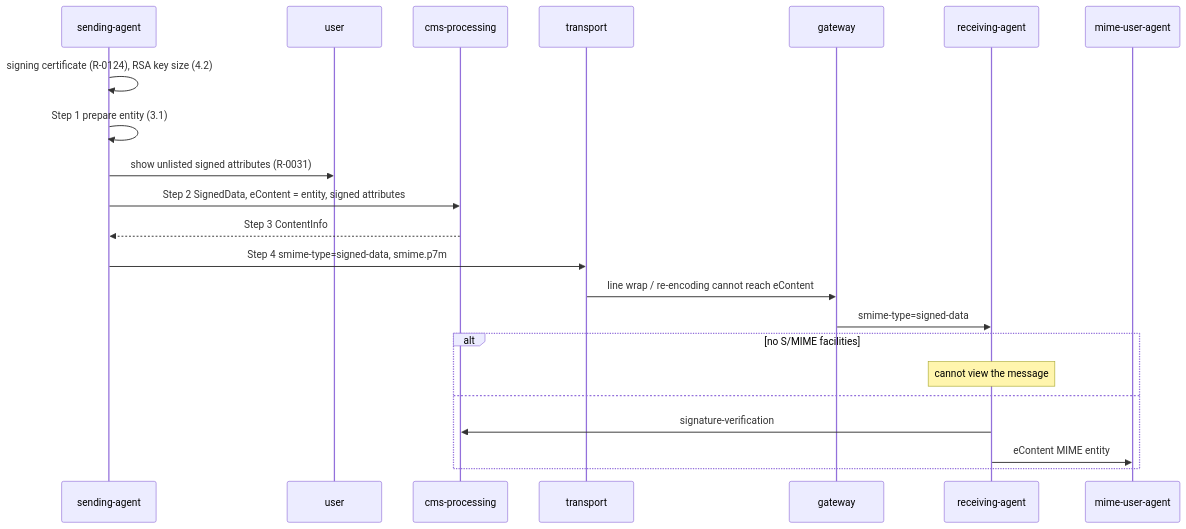
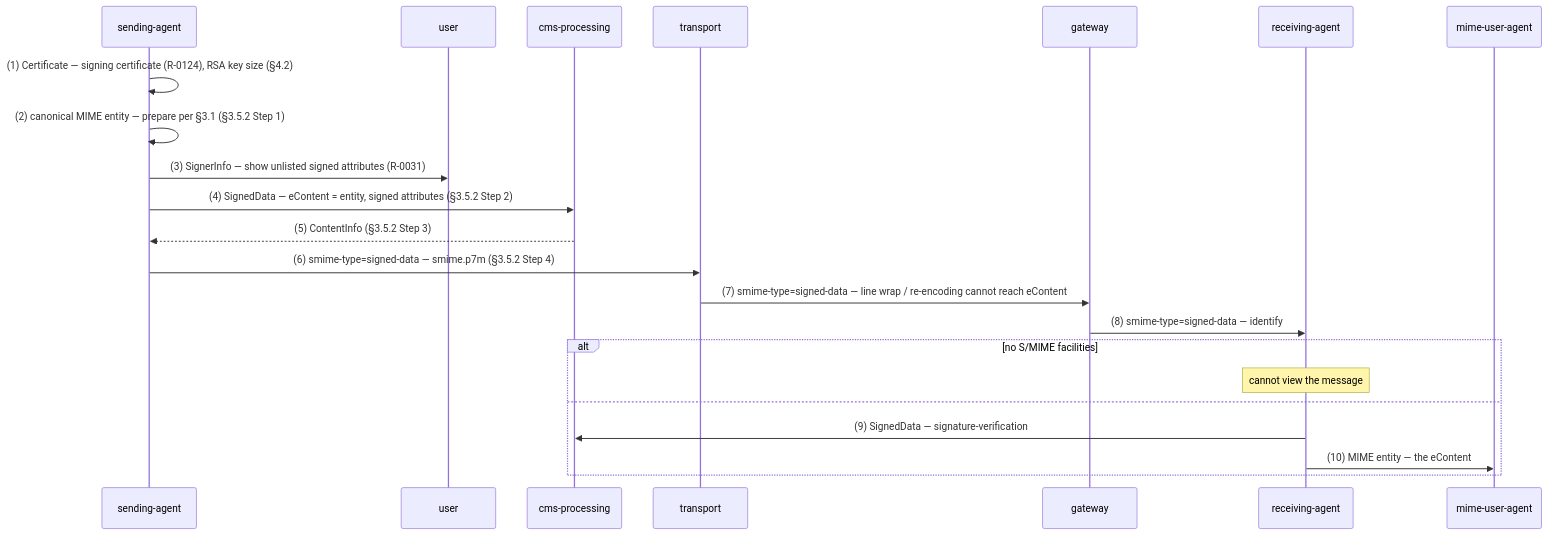
Before and after one commit to m-of-n/library: the eighth of 28 diagrams in records/ietf/rfc-8551/distilled/protocol.md, drawn with Mermaid. The commit also changed other lines of this file and 10 other files, not shown here.

````diff
--- a/records/ietf/rfc-8551/distilled/protocol.md
+++ b/records/ietf/rfc-8551/distilled/protocol.md
@@ -202,24 +205,24 @@
 ```mermaid
 sequenceDiagram
   participant SA as sending-agent
   participant U as user
   participant CMS as cms-processing
   participant T as transport
   participant G as gateway
   participant RA as receiving-agent
   participant MUA as mime-user-agent
-  SA->>SA: signing certificate (R-0124), RSA key size (4.2)
-  SA->>SA: Step 1 prepare entity (3.1)
-  SA->>U: show unlisted signed attributes (R-0031)
-  SA->>CMS: Step 2 SignedData, eContent = entity, signed attributes
-  CMS-->>SA: Step 3 ContentInfo
-  SA->>T: Step 4 smime-type=signed-data, smime.p7m
-  T->>G: line wrap / re-encoding cannot reach eContent
-  G->>RA: smime-type=signed-data
+  SA->>SA: (1) Certificate — signing certificate (R-0124), RSA key size (§4.2)
+  SA->>SA: (2) canonical MIME entity — prepare per §3.1 (§3.5.2 Step 1)
+  SA->>U: (3) SignerInfo — show unlisted signed attributes (R-0031)
+  SA->>CMS: (4) SignedData — eContent = entity, signed attributes (§3.5.2 Step 2)
+  CMS-->>SA: (5) ContentInfo (§3.5.2 Step 3)
+  SA->>T: (6) smime-type=signed-data — smime.p7m (§3.5.2 Step 4)
+  T->>G: (7) smime-type=signed-data — line wrap / re-encoding cannot reach eContent
+  G->>RA: (8) smime-type=signed-data — identify
   alt no S/MIME facilities
     Note over RA: cannot view the message
   else
-    RA->>CMS: signature-verification
-    RA->>MUA: eContent MIME entity
+    RA->>CMS: (9) SignedData — signature-verification
+    RA->>MUA: (10) MIME entity — the eContent
   end
 ```
````
